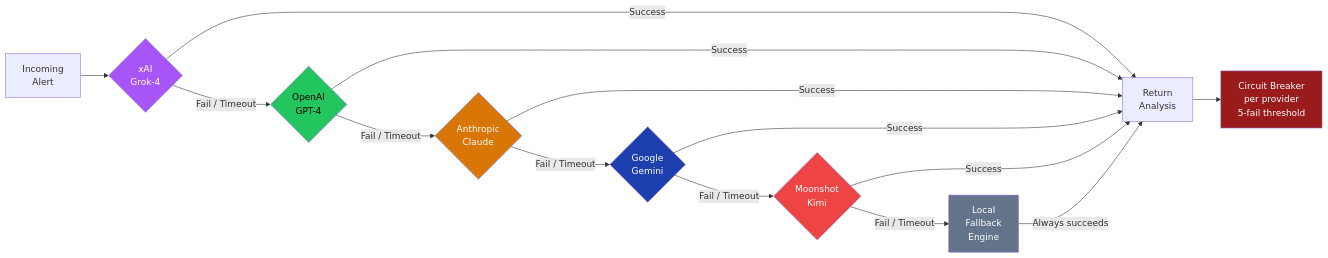
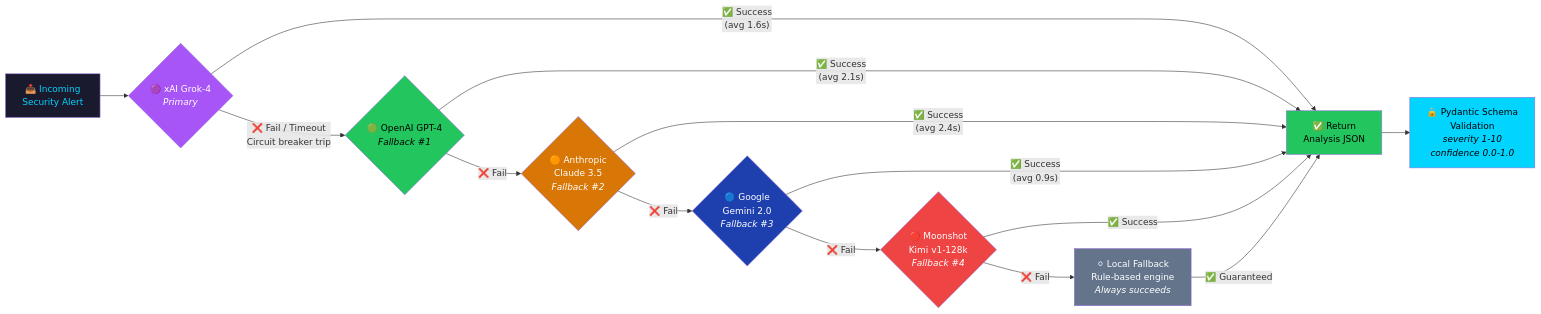
The seventh of 20 diagrams in docs/CAPSTONE_FIGURES.md (Alqaly/smart-city-ids), drawn with Mermaid before and after one commit. The commit also changed other lines of this file, not shown here.

First line of the commit message:
Improve figures file: exact placement labels + enhanced diagrams

````diff
--- a/docs/CAPSTONE_FIGURES.md
+++ b/docs/CAPSTONE_FIGURES.md
@@ -259,24 +353,27 @@
 ```mermaid
 graph LR
-    A["Incoming\nAlert"] --> P1{"xAI\nGrok-4"}
-    P1 -->|Success| R["Return\nAnalysis"]
-    P1 -->|Fail / Timeout| P2{"OpenAI\nGPT-4"}
-    P2 -->|Success| R
-    P2 -->|Fail / Timeout| P3{"Anthropic\nClaude"}
-    P3 -->|Success| R
-    P3 -->|Fail / Timeout| P4{"Google\nGemini"}
-    P4 -->|Success| R
-    P4 -->|Fail / Timeout| P5{"Moonshot\nKimi"}
-    P5 -->|Success| R
-    P5 -->|Fail / Timeout| P6["Local\nFallback\nEngine"]
-    P6 -->|Always succeeds| R
-    R --> CB["Circuit Breaker\nper provider\n5-fail threshold"]
+    ALERT["📥 Incoming<br/>Security Alert"] --> CB1{"🟣 xAI Grok-4<br/><i>Primary</i>"}
+    CB1 -->|"✅ Success<br/>(avg 1.6s)"| RESULT["✅ Return<br/>Analysis JSON"]
+    CB1 -->|"❌ Fail / Timeout<br/>Circuit breaker trip"| CB2{"🟢 OpenAI GPT-4<br/><i>Fallback #1</i>"}
+    CB2 -->|"✅ Success<br/>(avg 2.1s)"| RESULT
+    CB2 -->|"❌ Fail"| CB3{"🟠 Anthropic<br/>Claude 3.5<br/><i>Fallback #2</i>"}
+    CB3 -->|"✅ Success<br/>(avg 2.4s)"| RESULT
+    CB3 -->|"❌ Fail"| CB4{"🔵 Google<br/>Gemini 2.0<br/><i>Fallback #3</i>"}
+    CB4 -->|"✅ Success<br/>(avg 0.9s)"| RESULT
+    CB4 -->|"❌ Fail"| CB5{"🔴 Moonshot<br/>Kimi v1-128k<br/><i>Fallback #4</i>"}
+    CB5 -->|"✅ Success"| RESULT
+    CB5 -->|"❌ Fail"| CB6["⚪ Local Fallback<br/>Rule-based engine<br/><i>Always succeeds</i>"]
+    CB6 -->|"✅ Guaranteed"| RESULT
 
-    style P1 fill:#a855f7,color:#fff
-    style P2 fill:#22c55e,color:#000
-    style P3 fill:#d97706,color:#fff
-    style P4 fill:#1e40af,color:#fff
-    style P5 fill:#ef4444,color:#fff
-    style P6 fill:#64748b,color:#fff
-    style CB fill:#991b1b,color:#fff
+    RESULT --> VALIDATE["🔒 Pydantic Schema<br/>Validation<br/><i>severity 1-10<br/>confidence 0.0-1.0</i>"]
+
+    style ALERT fill:#1a1a2e,color:#00d4ff
+    style CB1 fill:#a855f7,color:#fff
+    style CB2 fill:#22c55e,color:#000
+    style CB3 fill:#d97706,color:#fff
+    style CB4 fill:#1e40af,color:#fff
+    style CB5 fill:#ef4444,color:#fff
+    style CB6 fill:#64748b,color:#fff
+    style RESULT fill:#22c55e,color:#000
+    style VALIDATE fill:#00d4ff,color:#000
 ```
````
